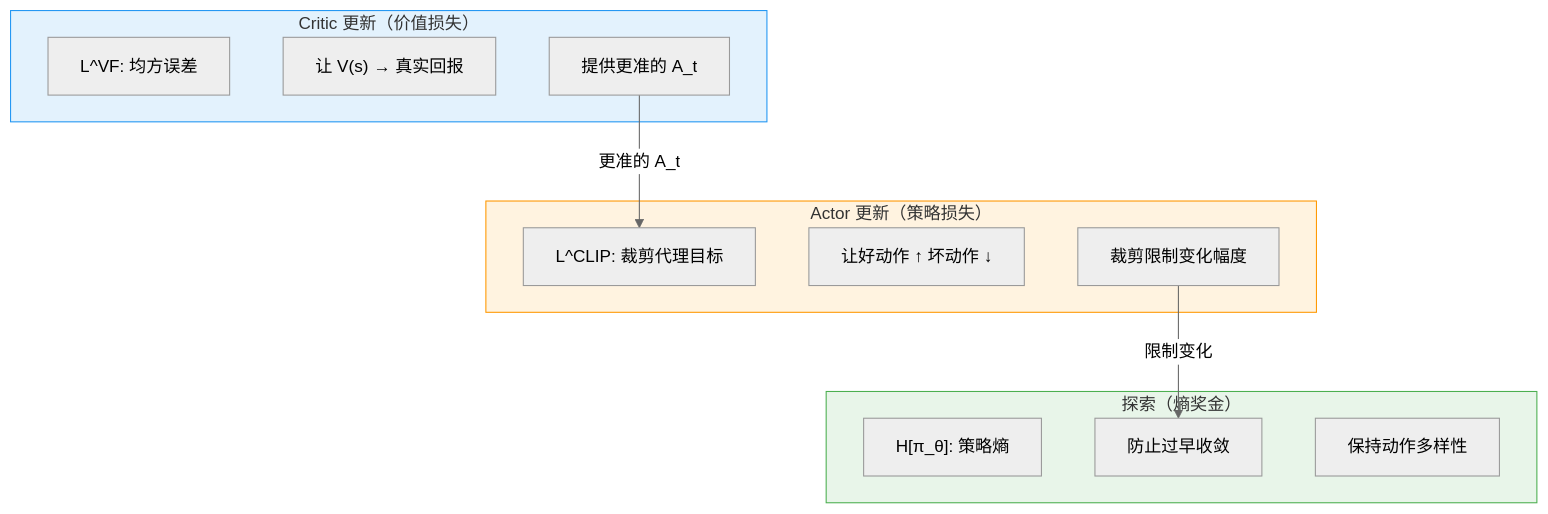
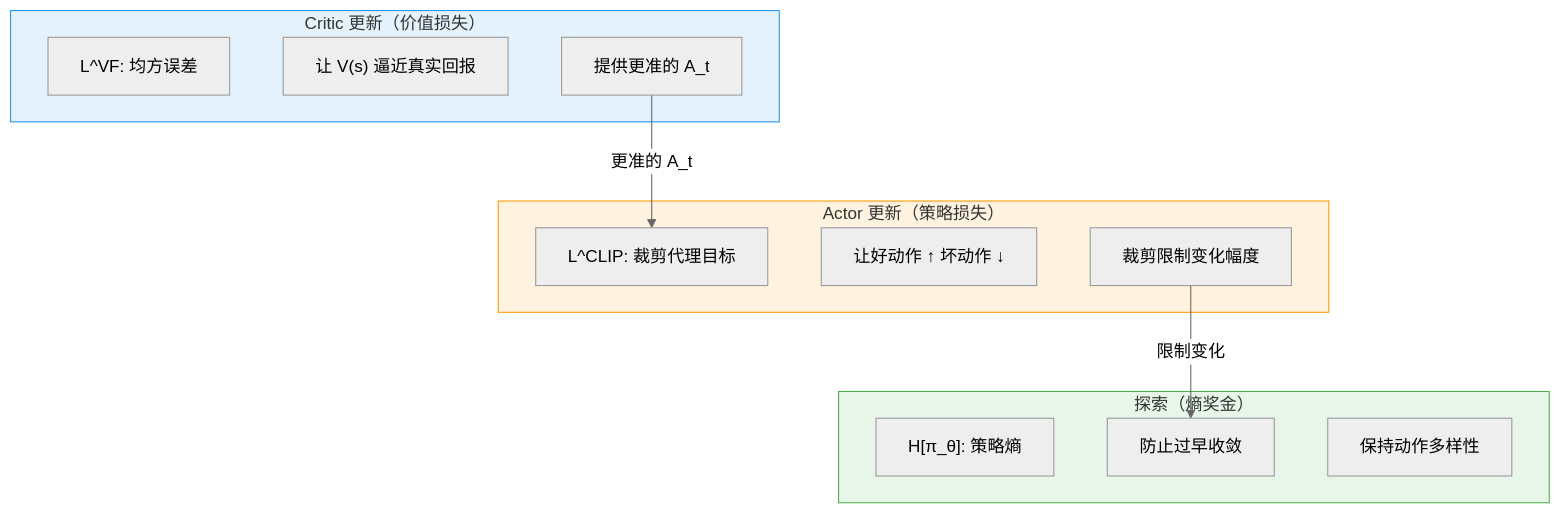
The eighth of 9 diagrams in docs/chapter06_ppo/ppo-math.md (timeofmei/hands-on-modern-rl), drawn with Mermaid (neutral theme) before and after one commit. The commit also changed other lines of this file and 10 other files, not shown here.

````diff
--- a/docs/chapter06_ppo/ppo-math.md
+++ b/docs/chapter06_ppo/ppo-math.md
@@ -849,27 +837,27 @@
 ```mermaid
 flowchart TD
     subgraph Actor_update ["Actor 更新（策略损失）"]
         A1["L^CLIP: 裁剪代理目标"]
         A2["让好动作 ↑ 坏动作 ↓"]
         A3["裁剪限制变化幅度"]
     end
 
     subgraph Critic_update ["Critic 更新（价值损失）"]
         C1["L^VF: 均方误差"]
-        C2["让 V(s) → 真实回报"]
+        C2["让 V(s) 逼近真实回报"]
         C3["提供更准的 A_t"]
     end
 
     subgraph Exploration ["探索（熵奖金）"]
         E1["H[π_θ]: 策略熵"]
         E2["防止过早收敛"]
         E3["保持动作多样性"]
     end
 
     C3 -->|"更准的 A_t"| A1
     A3 -->|"限制变化"| E2
 
     style Actor_update fill:#fff3e0,stroke:#ff9800
     style Critic_update fill:#e3f2fd,stroke:#2196f3
     style Exploration fill:#e8f5e9,stroke:#4caf50
 ```
````
